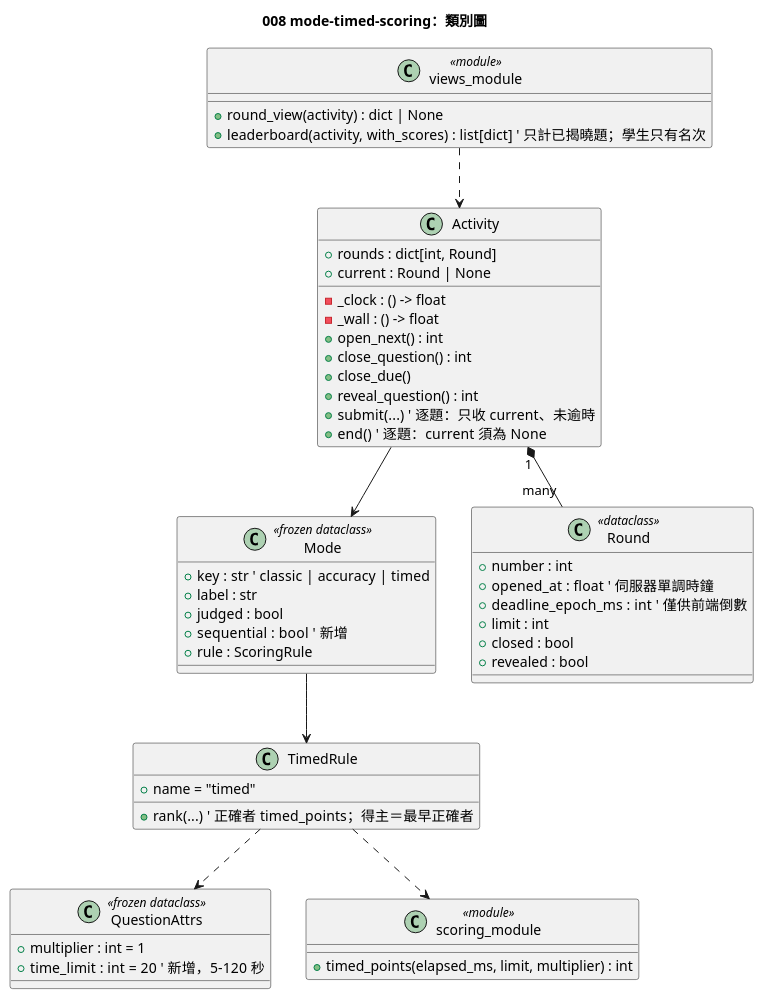
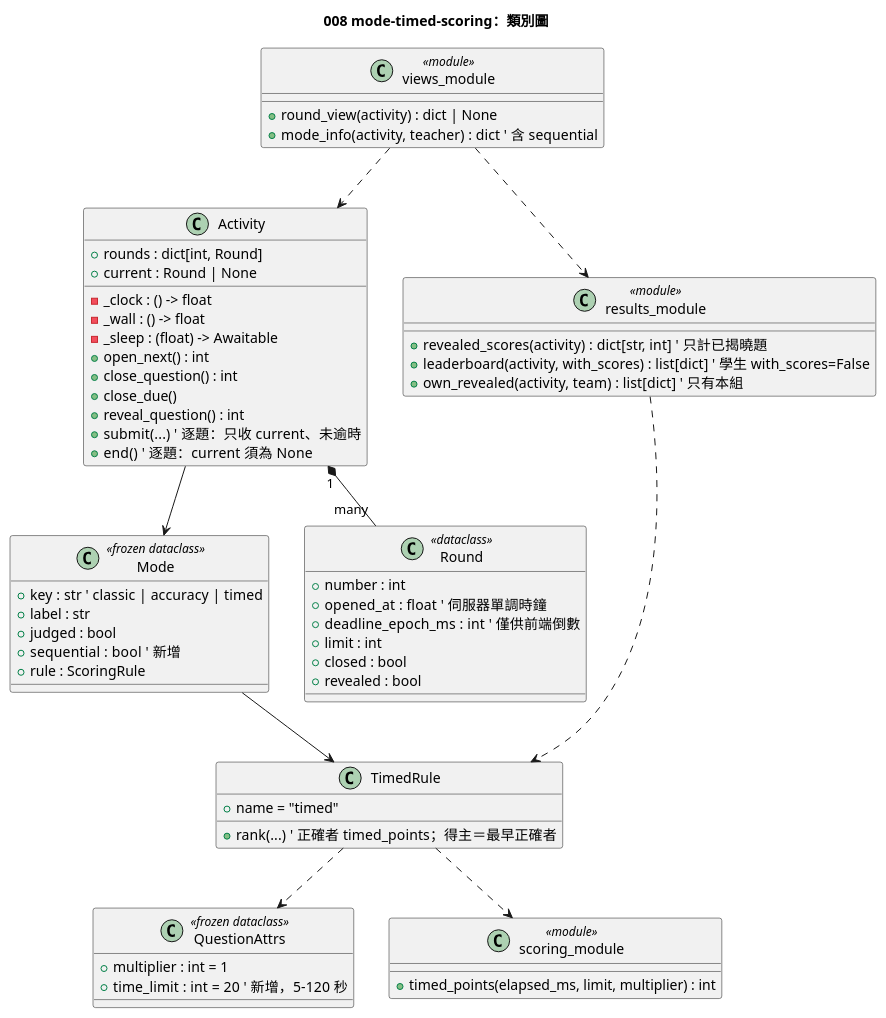
Before and after one commit to yue083139/software_fin-speckit: the diagram in diagrams/008-mode-timed-scoring-class.puml, drawn with PlantUML. The commit also changed 33 other files, not shown here.

First line of the commit message:
feat(server): [CORE] mode-timed-scoring 時間計分：逐題開放、伺服器計時、每題揭曉後名次

```diff
--- a/diagrams/008-mode-timed-scoring-class.puml
+++ b/diagrams/008-mode-timed-scoring-class.puml
@@ -1,59 +1,68 @@
 @startuml 008-mode-timed-scoring-class
 title 008 mode-timed-scoring：類別圖
 
 class Mode <<frozen dataclass>> {
   + key : str  ' classic | accuracy | timed
   + label : str
   + judged : bool
   + sequential : bool  ' 新增
   + rule : ScoringRule
 }
 
 class QuestionAttrs <<frozen dataclass>> {
   + multiplier : int = 1
   + time_limit : int = 20  ' 新增，5–120 秒
 }
 
 class Round <<dataclass>> {
   + number : int
   + opened_at : float  ' 伺服器單調時鐘
   + deadline_epoch_ms : int  ' 僅供前端倒數
   + limit : int
   + closed : bool
   + revealed : bool
 }
 
 class TimedRule {
   + name = "timed"
   + rank(...)  ' 正確者 timed_points；得主＝最早正確者
 }
 
 class scoring_module <<module>> {
   + timed_points(elapsed_ms, limit, multiplier) : int
 }
 
 class Activity {
   + rounds : dict[int, Round]
   + current : Round | None
   - _clock : () -> float
   - _wall : () -> float
+  - _sleep : (float) -> Awaitable
   + open_next() : int
   + close_question() : int
   + close_due()
   + reveal_question() : int
   + submit(...)  ' 逐題：只收 current、未逾時
   + end()  ' 逐題：current 須為 None
 }
 
 class views_module <<module>> {
   + round_view(activity) : dict | None
-  + leaderboard(activity, with_scores) : list[dict]  ' 只計已揭曉題；學生只有名次
+  + mode_info(activity, teacher) : dict  ' 含 sequential
+}
+
+class results_module <<module>> {
+  + revealed_scores(activity) : dict[str, int]  ' 只計已揭曉題
+  + leaderboard(activity, with_scores) : list[dict]  ' 學生 with_scores=False
+  + own_revealed(activity, team) : list[dict]  ' 只有本組
 }
 
 TimedRule ..> scoring_module
 Activity "1" *-- "many" Round
 Activity --> Mode
 Mode --> TimedRule
 TimedRule ..> QuestionAttrs
 views_module ..> Activity
+views_module ..> results_module
+results_module ..> TimedRule
 @enduml
```
